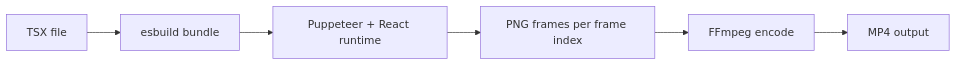
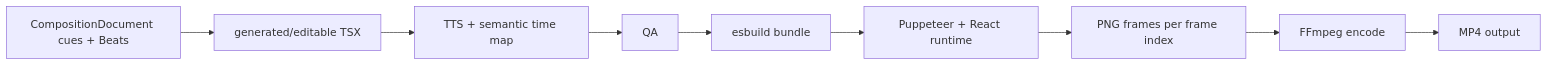
Before and after one commit to makesynt/seqvio: the diagram in docs/COMPOSITION-AUTHORING.md, drawn with Mermaid. The commit also changed other lines of this file and 114 other files, not shown here.

````diff
--- a/docs/COMPOSITION-AUTHORING.md
+++ b/docs/COMPOSITION-AUTHORING.md
@@ -139,8 +204,11 @@
 ```mermaid
 flowchart LR
-  TSX[TSX file] --> Bundle[esbuild bundle]
+  IR[CompositionDocument cues + Beats] --> TSX[generated/editable TSX]
+  TSX --> Audio[TTS + semantic time map]
+  Audio --> QA[QA]
+  QA --> Bundle[esbuild bundle]
   Bundle --> Browser[Puppeteer + React runtime]
   Browser --> Frames[PNG frames per frame index]
   Frames --> FFmpeg[FFmpeg encode]
   FFmpeg --> MP4[MP4 output]
 ```
````
